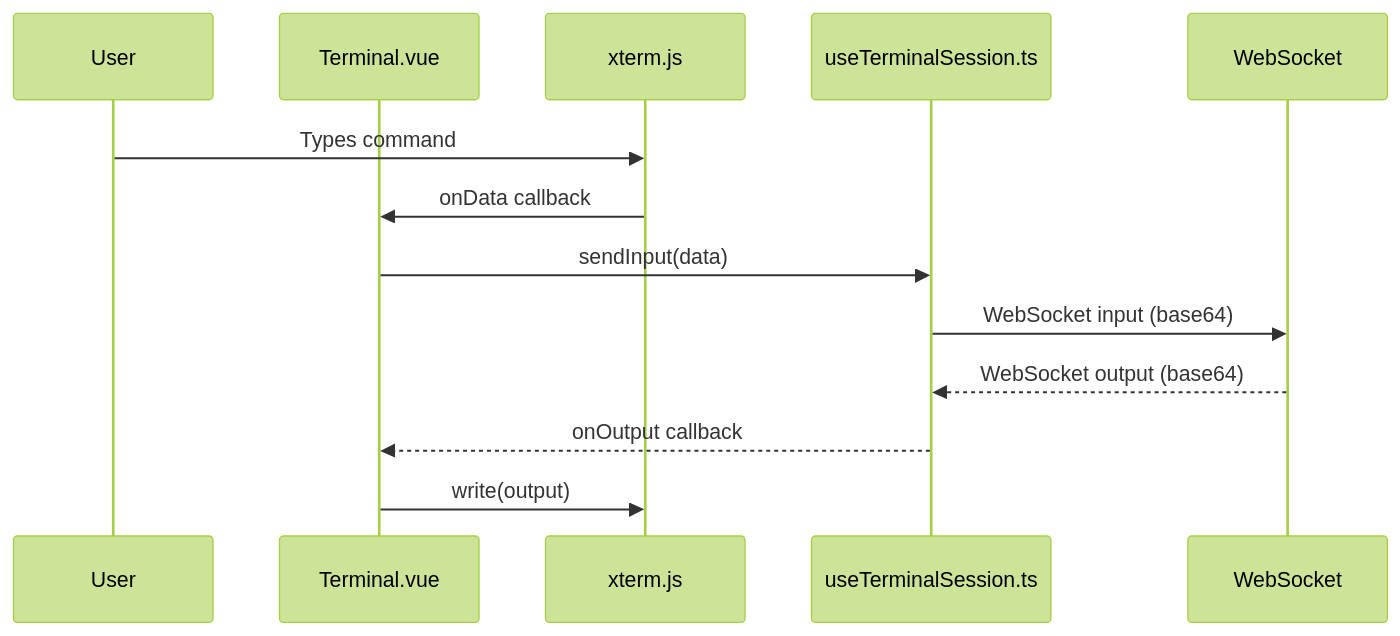
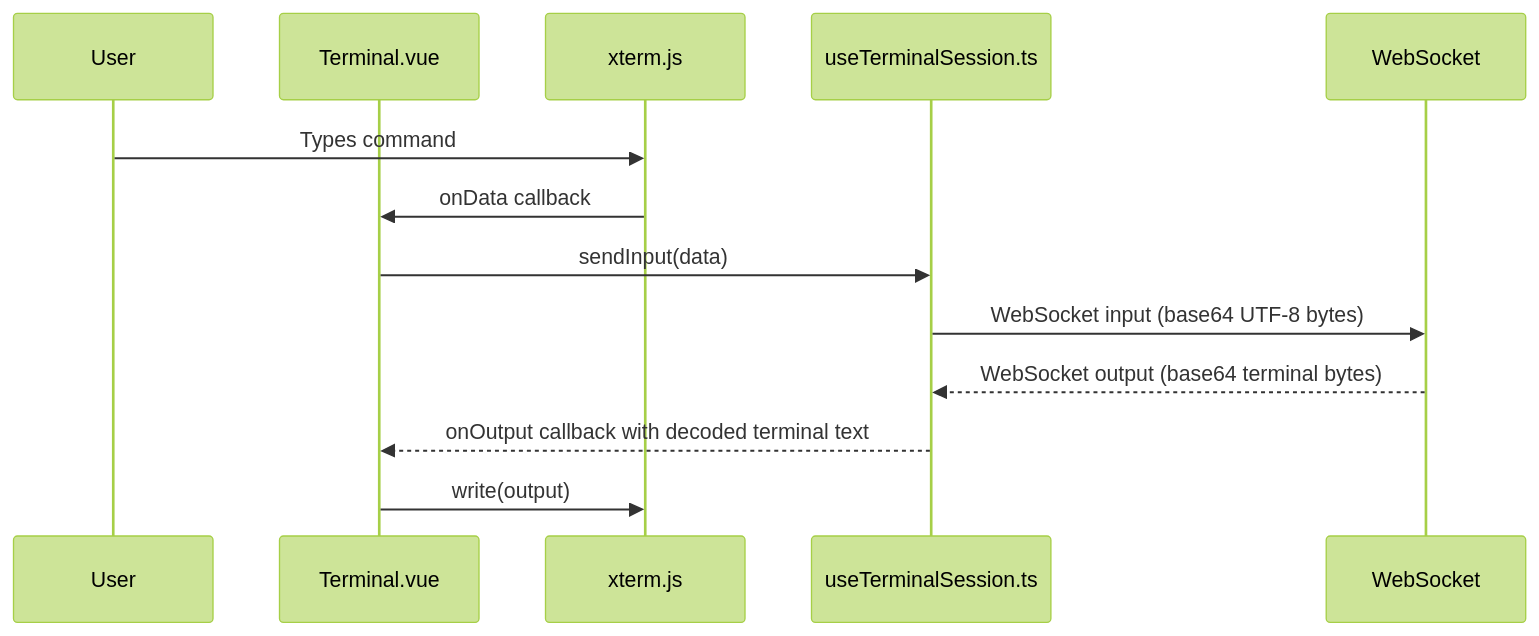
One commit to AutoByteus/autobyteus-workspace changed the second of 2 diagrams in autobyteus-web/docs/terminal.md. Above: the diagram before and after it, drawn with Mermaid (forest theme). The commit also changed other lines of this file and 34 other files, not shown here.

````diff
--- a/autobyteus-web/docs/terminal.md
+++ b/autobyteus-web/docs/terminal.md
@@ -100,16 +102,16 @@
 ```mermaid
 sequenceDiagram
     participant User
     participant Terminal as Terminal.vue
     participant XTerm as xterm.js
     participant Session as useTerminalSession.ts
     participant Backend as WebSocket
 
     User->>XTerm: Types command
     XTerm->>Terminal: onData callback
     Terminal->>Session: sendInput(data)
-    Session->>Backend: WebSocket input (base64)
-    Backend-->>Session: WebSocket output (base64)
-    Session-->>Terminal: onOutput callback
+    Session->>Backend: WebSocket input (base64 UTF-8 bytes)
+    Backend-->>Session: WebSocket output (base64 terminal bytes)
+    Session-->>Terminal: onOutput callback with decoded terminal text
     Terminal->>XTerm: write(output)
 ```
````
